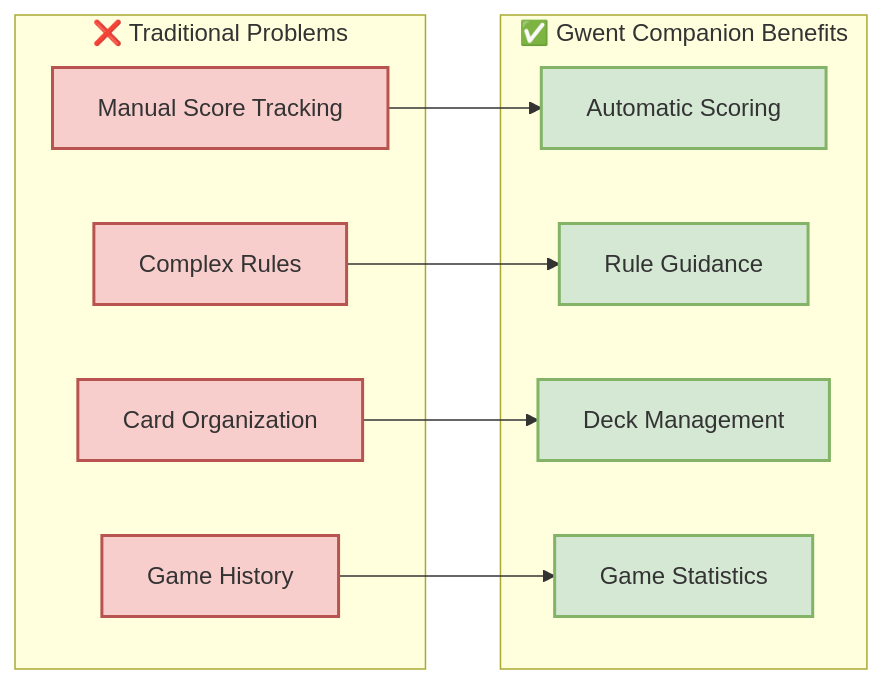
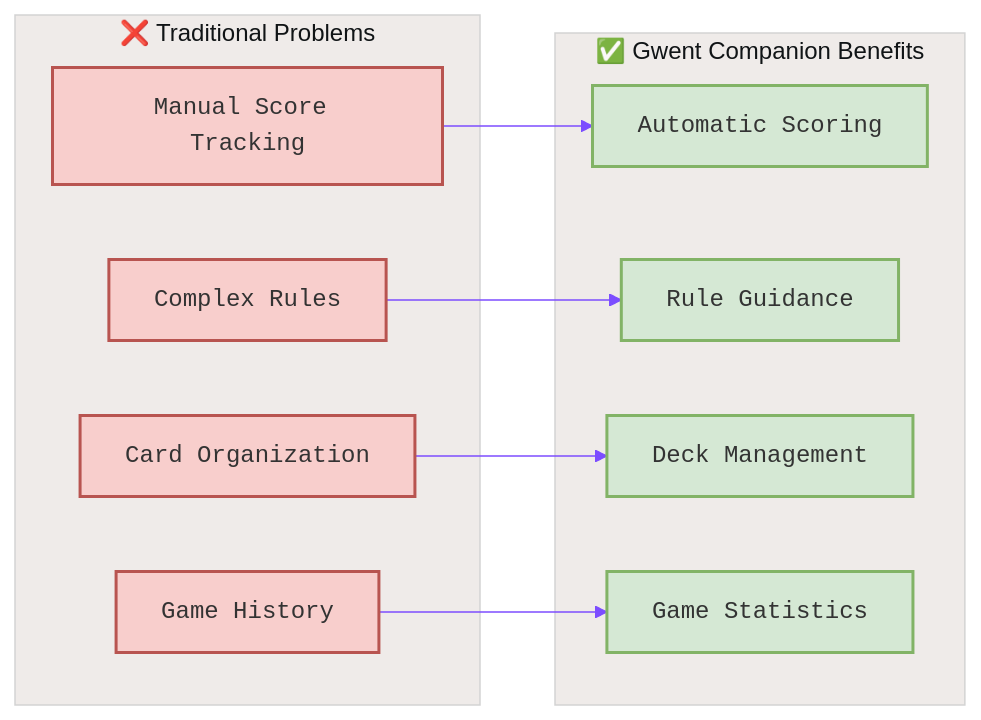
One commit to declanshanaghy/gwent changed the eighth of 9 diagrams in README.md. Above: the diagram before and after it, drawn with Mermaid. The commit also changed other lines of this file and 6 other files, not shown here.

First line of the commit message:
Add mermaid style guide and apply to all diagrams

````diff
--- a/README.md
+++ b/README.md
@@ -275,24 +391,38 @@
 ```mermaid
+%%{init: {
+  'theme': 'base',
+  'themeVariables': {
+    'primaryColor': '#6d1a36',
+    'primaryTextColor': '#fff',
+    'primaryBorderColor': '#7C4DFF',
+    'lineColor': '#7C4DFF',
+    'secondaryColor': '#D7CCC8',
+    'tertiaryColor': '#EFEBE9',
+    'fontFamily': 'Courier New',
+    'fontSize': '16px'
+  }
+}}%%
+
 graph LR
-    classDef benefit fill:#d5e8d4,stroke:#82b366,stroke-width:2px,color:#333
-    classDef problem fill:#f8cecc,stroke:#b85450,stroke-width:2px,color:#333
+    classDef benefit fill:#d5e8d4,stroke:#82b366,stroke-width:2px,color:#333,font-family:'Courier New'
+    classDef problem fill:#f8cecc,stroke:#b85450,stroke-width:2px,color:#333,font-family:'Courier New'
     
     subgraph problems["❌ Traditional Problems"]
         p1["Manual Score Tracking"]:::problem
         p2["Complex Rules"]:::problem
         p3["Card Organization"]:::problem
         p4["Game History"]:::problem
     end
     
     subgraph benefits["✅ Gwent Companion Benefits"]
         b1["Automatic Scoring"]:::benefit
         b2["Rule Guidance"]:::benefit
         b3["Deck Management"]:::benefit
         b4["Game Statistics"]:::benefit
     end
     
     p1 --> b1
     p2 --> b2
     p3 --> b3
     p4 --> b4
 ```
````
